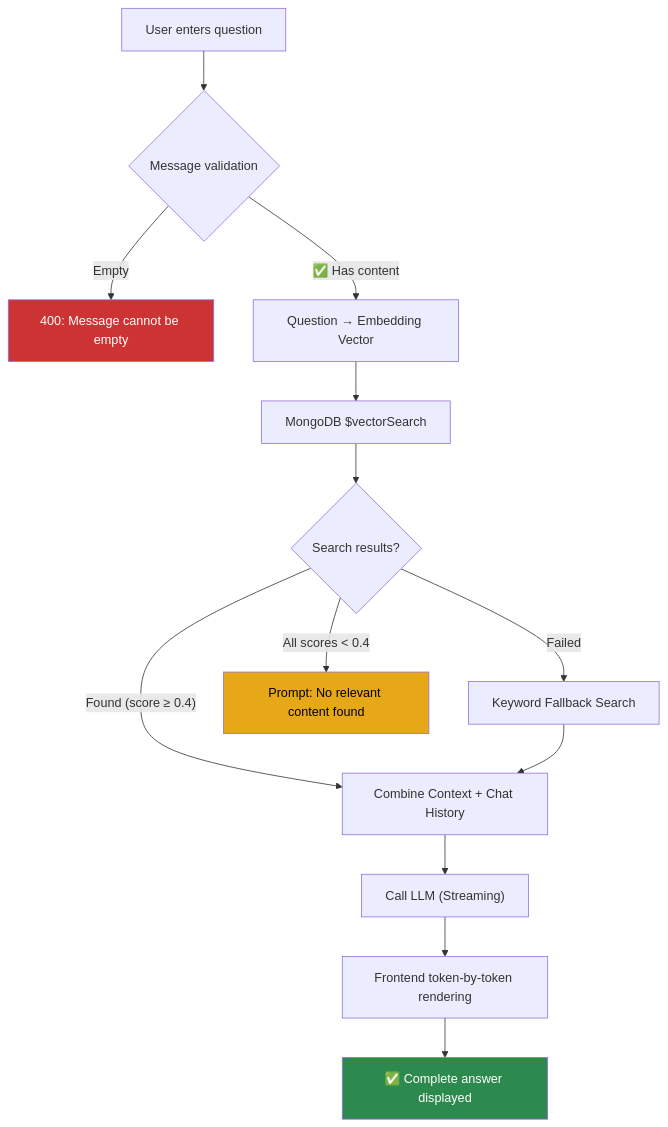
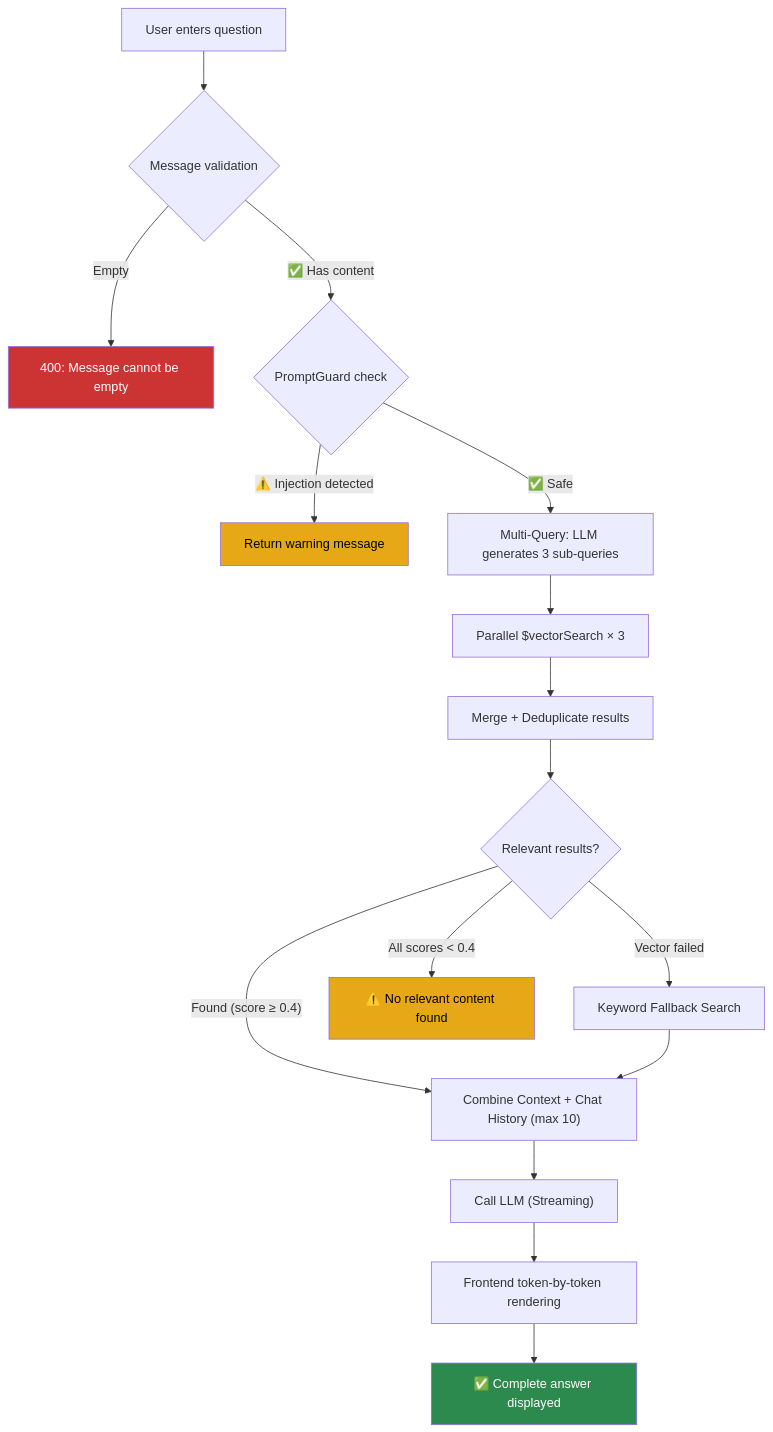
Before and after one commit to johnmak101-ops/RevisionApp: the third of 7 diagrams in docs/en/UI_FLOW_DIAGRAM.md, drawn with Mermaid. The commit also changed other lines of this file and 36 other files, not shown here.

````diff
--- a/docs/en/UI_FLOW_DIAGRAM.md
+++ b/docs/en/UI_FLOW_DIAGRAM.md
@@ -56,22 +59,26 @@
 ```mermaid
 flowchart TD
     A["User enters question"] --> B{"Message validation"}
     B -->|"Empty"| ERR1["400: Message cannot be empty"]
-    B -->|"✅ Has content"| C["Question → Embedding Vector"]
+    B -->|"✅ Has content"| PG{"PromptGuard check"}
+    PG -->|"⚠️ Injection detected"| WARN["Return warning message"]
+    PG -->|"✅ Safe"| MQ["Multi-Query: LLM generates 3 sub-queries"]
     
-    C --> D["MongoDB $vectorSearch"]
-    D --> E{"Search results?"}
+    MQ --> D["Parallel $vectorSearch × 3"]
+    D --> MERGE["Merge + Deduplicate results"]
+    MERGE --> E{"Relevant results?"}
     
-    E -->|"Found (score ≥ 0.4)"| F["Combine Context + Chat History"]
-    E -->|"Failed"| G["Keyword Fallback Search"]
-    E -->|"All scores < 0.4"| H["Prompt: No relevant content found"]
+    E -->|"Found (score ≥ 0.4)"| F["Combine Context + Chat History (max 10)"]
+    E -->|"Vector failed"| G["Keyword Fallback Search"]
+    E -->|"All scores < 0.4"| H["⚠️ No relevant content found"]
     
     G --> F
     F --> I["Call LLM (Streaming)"]
     I --> J["Frontend token-by-token rendering"]
     J --> K["✅ Complete answer displayed"]
     
     style K fill:#2d8a4e,color:#fff
     style ERR1 fill:#cc3333,color:#fff
     style H fill:#e6a817,color:#000
+    style WARN fill:#e6a817,color:#000
 ```
````
